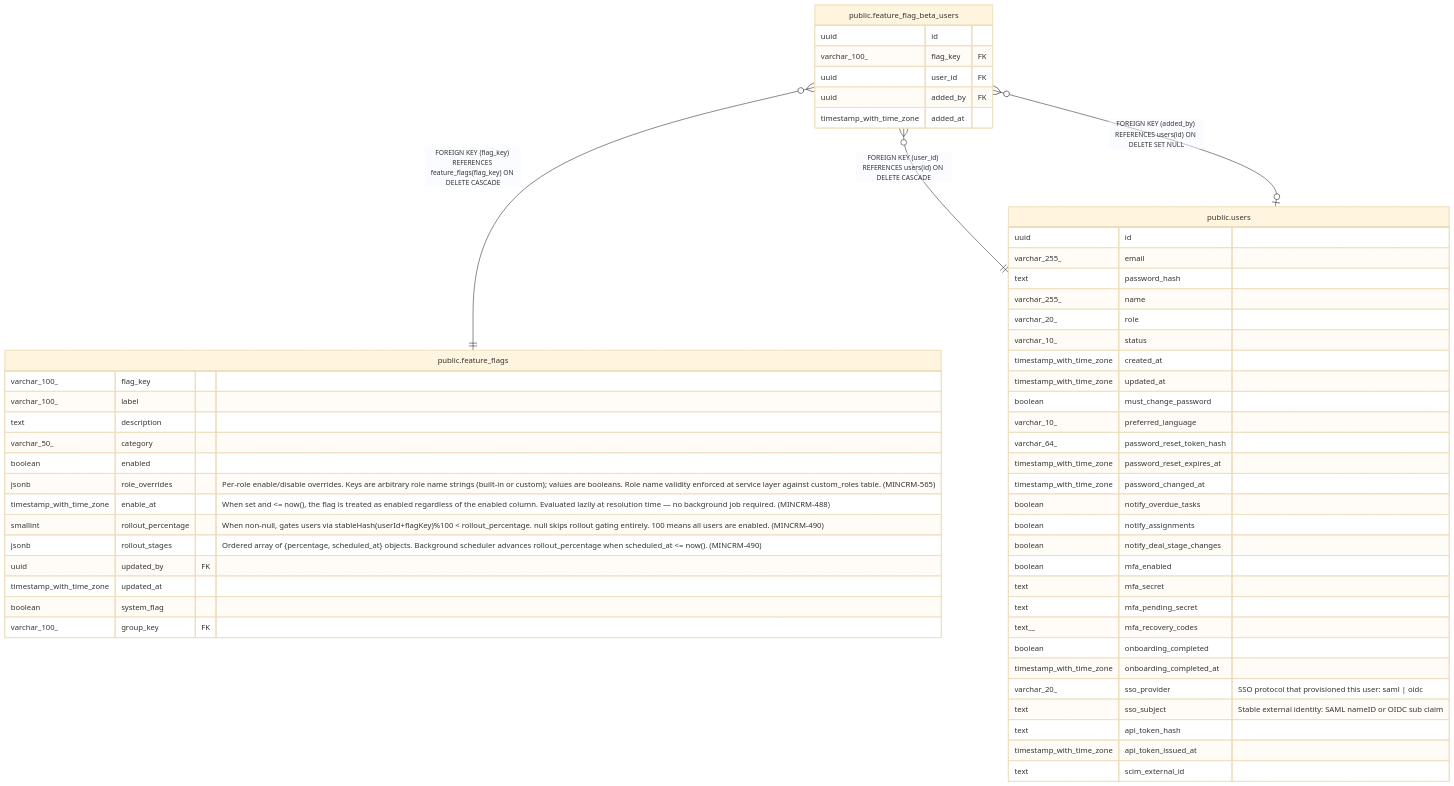
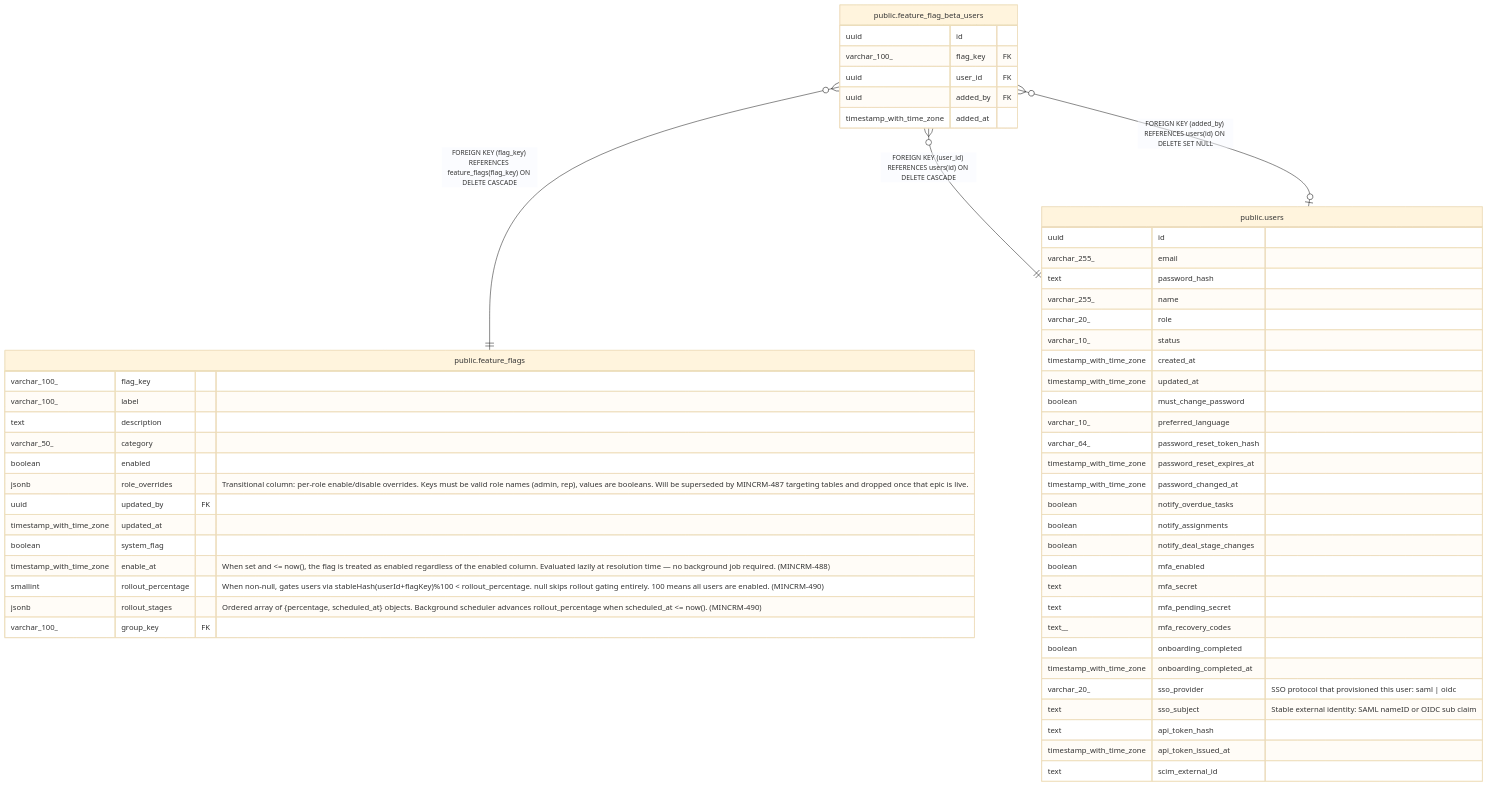
One commit to rkseattle/minicrm changed the diagram in docs/schema/public.feature_flag_beta_users.md. Above: the diagram before and after it, drawn with Mermaid (base theme). The commit also changed 15 other files, not shown here.

````diff
--- a/docs/schema/public.feature_flag_beta_users.md
+++ b/docs/schema/public.feature_flag_beta_users.md
@@ -33,59 +33,59 @@
 ```mermaid
 erDiagram
 
 "public.feature_flag_beta_users" }o--|| "public.feature_flags" : "FOREIGN KEY (flag_key) REFERENCES feature_flags(flag_key) ON DELETE CASCADE"
 "public.feature_flag_beta_users" }o--|| "public.users" : "FOREIGN KEY (user_id) REFERENCES users(id) ON DELETE CASCADE"
 "public.feature_flag_beta_users" }o--o| "public.users" : "FOREIGN KEY (added_by) REFERENCES users(id) ON DELETE SET NULL"
 
 "public.feature_flag_beta_users" {
   uuid id ""
   varchar_100_ flag_key FK ""
   uuid user_id FK ""
   uuid added_by FK ""
   timestamp_with_time_zone added_at ""
 }
 "public.feature_flags" {
   varchar_100_ flag_key ""
   varchar_100_ label ""
   text description ""
   varchar_50_ category ""
   boolean enabled ""
-  jsonb role_overrides "Per-role enable/disable overrides. Keys are arbitrary role name strings (built-in or custom); values are booleans. Role name validity enforced at service layer against custom_roles table. (MINCRM-565)"
+  jsonb role_overrides "Transitional column: per-role enable/disable overrides. Keys must be valid role names (admin, rep), values are booleans. Will be superseded by MINCRM-487 targeting tables and dropped once that epic is live."
+  uuid updated_by FK ""
+  timestamp_with_time_zone updated_at ""
+  boolean system_flag ""
   timestamp_with_time_zone enable_at "When set and <= now(), the flag is treated as enabled regardless of the enabled column. Evaluated lazily at resolution time — no background job required. (MINCRM-488)"
   smallint rollout_percentage "When non-null, gates users via stableHash(userId+flagKey)%100 < rollout_percentage. null skips rollout gating entirely. 100 means all users are enabled. (MINCRM-490)"
   jsonb rollout_stages "Ordered array of {percentage, scheduled_at} objects. Background scheduler advances rollout_percentage when scheduled_at <= now(). (MINCRM-490)"
-  uuid updated_by FK ""
-  timestamp_with_time_zone updated_at ""
-  boolean system_flag ""
   varchar_100_ group_key FK ""
 }
 "public.users" {
   uuid id ""
   varchar_255_ email ""
   text password_hash ""
   varchar_255_ name ""
   varchar_20_ role ""
   varchar_10_ status ""
   timestamp_with_time_zone created_at ""
   timestamp_with_time_zone updated_at ""
   boolean must_change_password ""
   varchar_10_ preferred_language ""
   varchar_64_ password_reset_token_hash ""
   timestamp_with_time_zone password_reset_expires_at ""
   timestamp_with_time_zone password_changed_at ""
   boolean notify_overdue_tasks ""
   boolean notify_assignments ""
   boolean notify_deal_stage_changes ""
   boolean mfa_enabled ""
   text mfa_secret ""
   text mfa_pending_secret ""
   text__ mfa_recovery_codes ""
   boolean onboarding_completed ""
   timestamp_with_time_zone onboarding_completed_at ""
   varchar_20_ sso_provider "SSO protocol that provisioned this user: saml | oidc"
   text sso_subject "Stable external identity: SAML nameID or OIDC sub claim"
   text api_token_hash ""
   timestamp_with_time_zone api_token_issued_at ""
   text scim_external_id ""
 }
 ```
````
